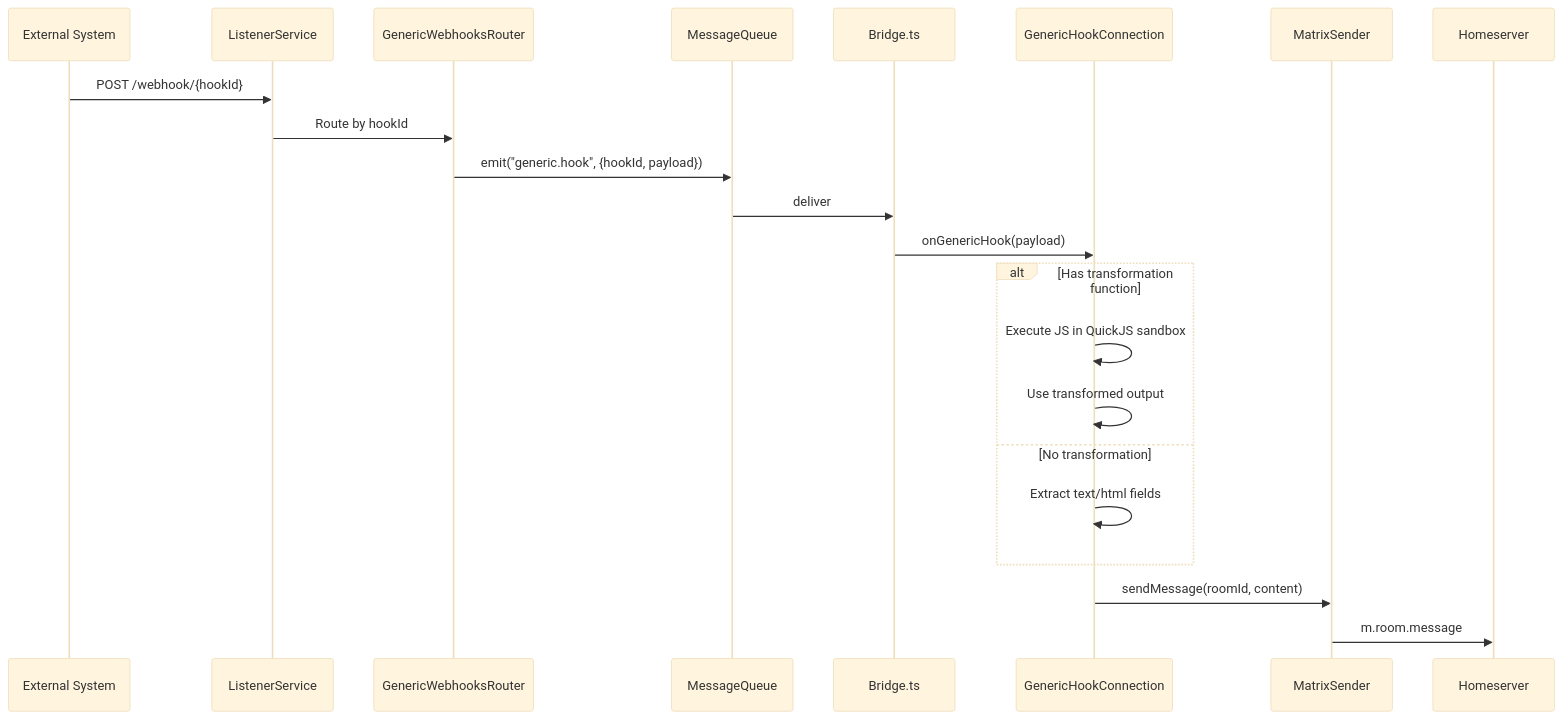
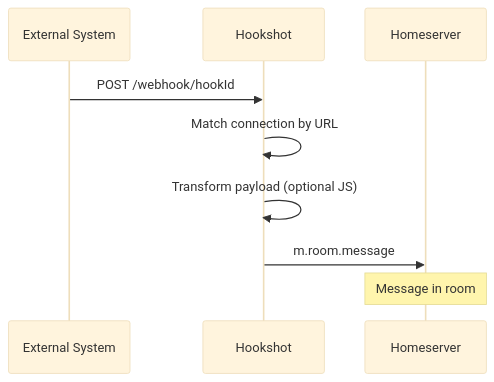
Before and after one commit to yncyrydybyl/matrix-hookshot: the diagram in docs/integrations/generic-webhooks.md, drawn with Mermaid (base theme). The commit also changed other lines of this file and 4 other files, not shown here.

First line of the commit message:
Simplify all 9 Mermaid diagrams for readability

````diff
--- a/docs/integrations/generic-webhooks.md
+++ b/docs/integrations/generic-webhooks.md
@@ -37,25 +37,12 @@
 ```mermaid
 sequenceDiagram
-    participant EXT as External System
-    participant LIS as ListenerService
-    participant GH as GenericWebhooksRouter
-    participant MQ as MessageQueue
-    participant BR as Bridge.ts
-    participant HC as GenericHookConnection
-    participant MS as MatrixSender
-    participant HS as Homeserver
+    participant Ext as External System
+    participant Hook as Hookshot
+    participant Matrix as Homeserver
 
-    EXT->>LIS: POST /webhook/{hookId}
-    LIS->>GH: Route by hookId
-    GH->>MQ: emit("generic.hook", {hookId, payload})
-    MQ->>BR: deliver
-    BR->>HC: onGenericHook(payload)
-    alt Has transformation function
-        HC->>HC: Execute JS in QuickJS sandbox
-        HC->>HC: Use transformed output
-    else No transformation
-        HC->>HC: Extract text/html fields
-    end
-    HC->>MS: sendMessage(roomId, content)
-    MS->>HS: m.room.message
+    Ext->>Hook: POST /webhook/hookId
+    Hook->>Hook: Match connection by URL
+    Hook->>Hook: Transform payload (optional JS)
+    Hook->>Matrix: m.room.message
+    Note over Matrix: Message in room
 ```
````
